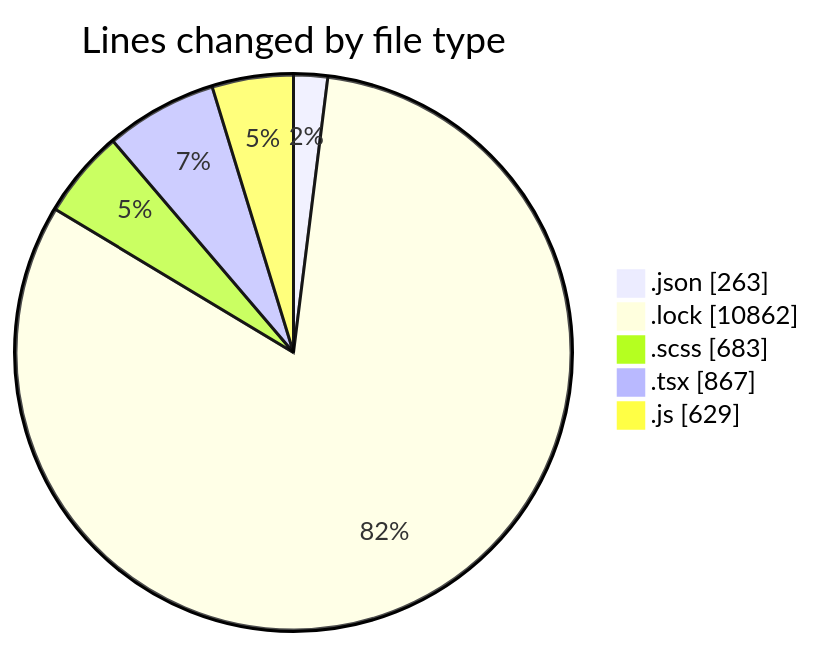
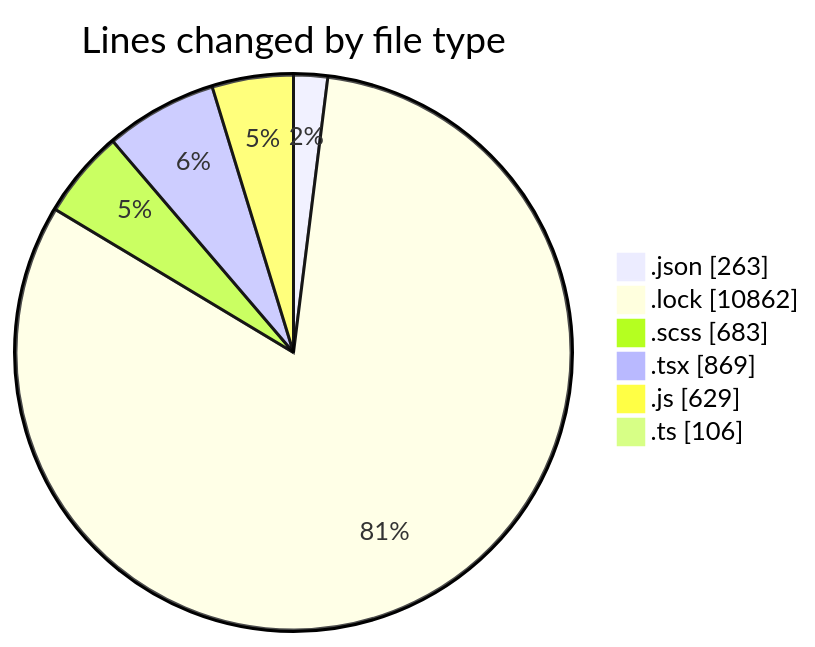
Before and after one commit to momahboobian/code-tracking: the first of 2 diagrams in 2026-05-18/cda/README.md, drawn with Mermaid. The commit also changed other lines of this file and 1 other file, not shown here.

````diff
--- a/2026-05-18/cda/README.md
+++ b/2026-05-18/cda/README.md
@@ -35,9 +36,10 @@
 ```mermaid
 pie showData
 title Lines changed by file type
 ".json" : 263
 ".lock" : 10862
 ".scss" : 683
-".tsx" : 867
+".tsx" : 869
 ".js" : 629
+".ts" : 106
 ```
````
